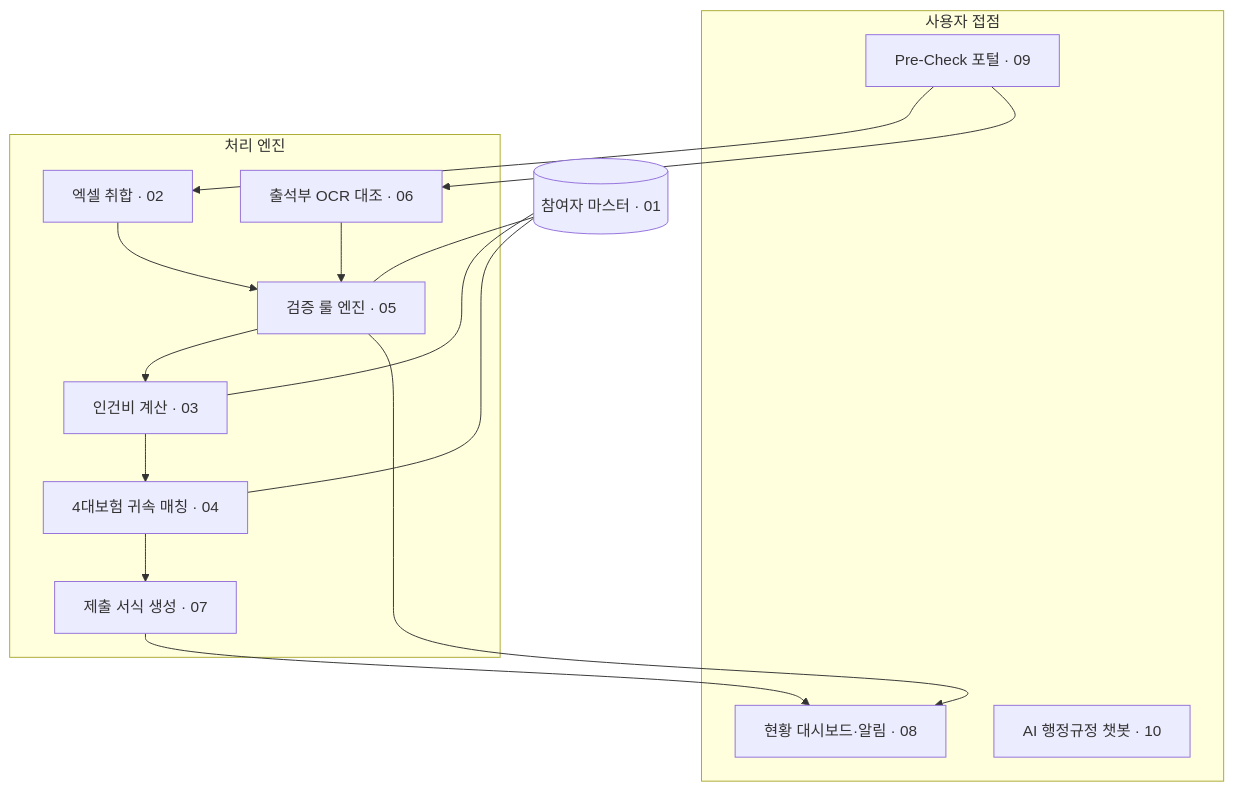
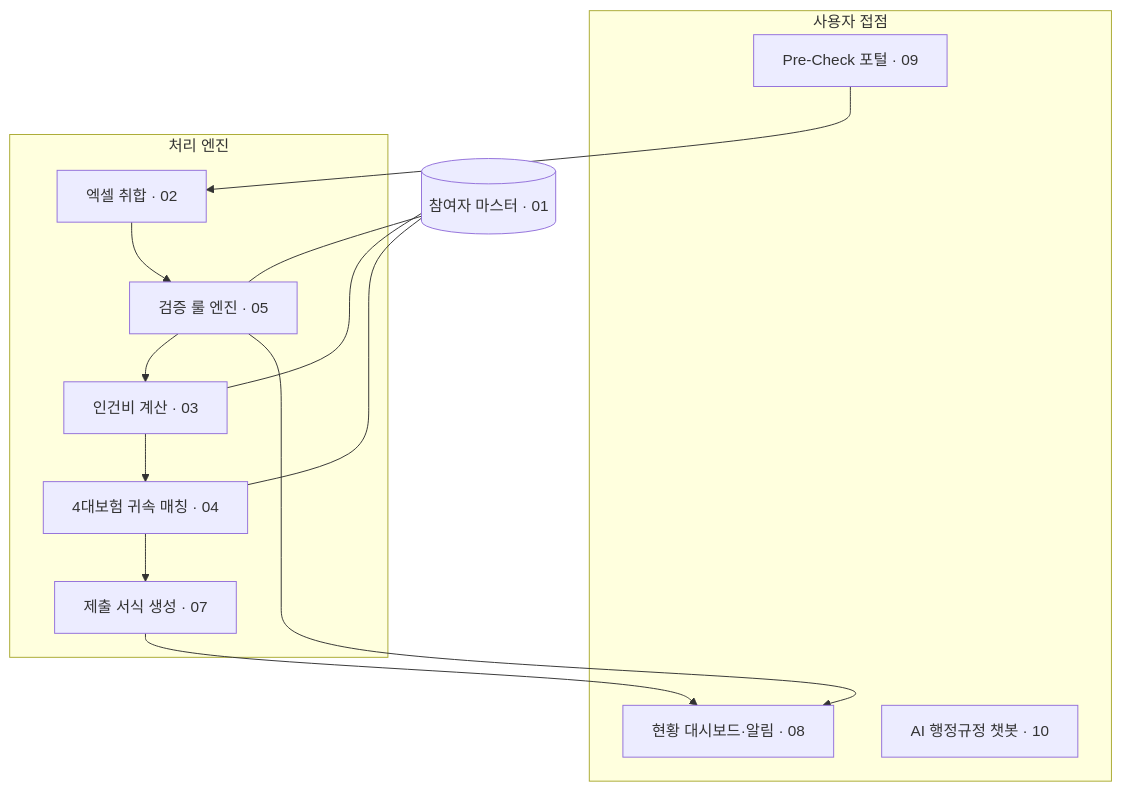
One commit to YC-CapstoneDesign-5/.github changed the second of 12 diagrams in docs/ARCHITECTURE.md. Above: the diagram before and after it, drawn with Mermaid. The commit also changed other lines of this file and 6 other files, not shown here.

First line of the commit message:
docs: 스캔 출석부 OCR 대조(기능 06)를 범위에서 제외

````diff
--- a/docs/ARCHITECTURE.md
+++ b/docs/ARCHITECTURE.md
@@ -79,24 +81,23 @@
 ```mermaid
 flowchart TB
     subgraph UI["사용자 접점"]
         PRE["Pre-Check 포털 · 09"]
         DASH["현황 대시보드·알림 · 08"]
         BOT["AI 행정규정 챗봇 · 10"]
     end
     subgraph ENG["처리 엔진"]
         ING["엑셀 취합 · 02"]
-        OCR["출석부 OCR 대조 · 06"]
         VAL["검증 룰 엔진 · 05"]
         PAY["인건비 계산 · 03"]
         INS["4대보험 귀속 매칭 · 04"]
         DOC["제출 서식 생성 · 07"]
     end
     MASTER[("참여자 마스터 · 01")]
 
-    PRE --> ING & OCR
-    ING & OCR --> VAL
+    PRE --> ING
+    ING --> VAL
     VAL --> PAY --> INS --> DOC
     MASTER --- VAL & PAY & INS
     DOC --> DASH
     VAL --> DASH
 ```
````
